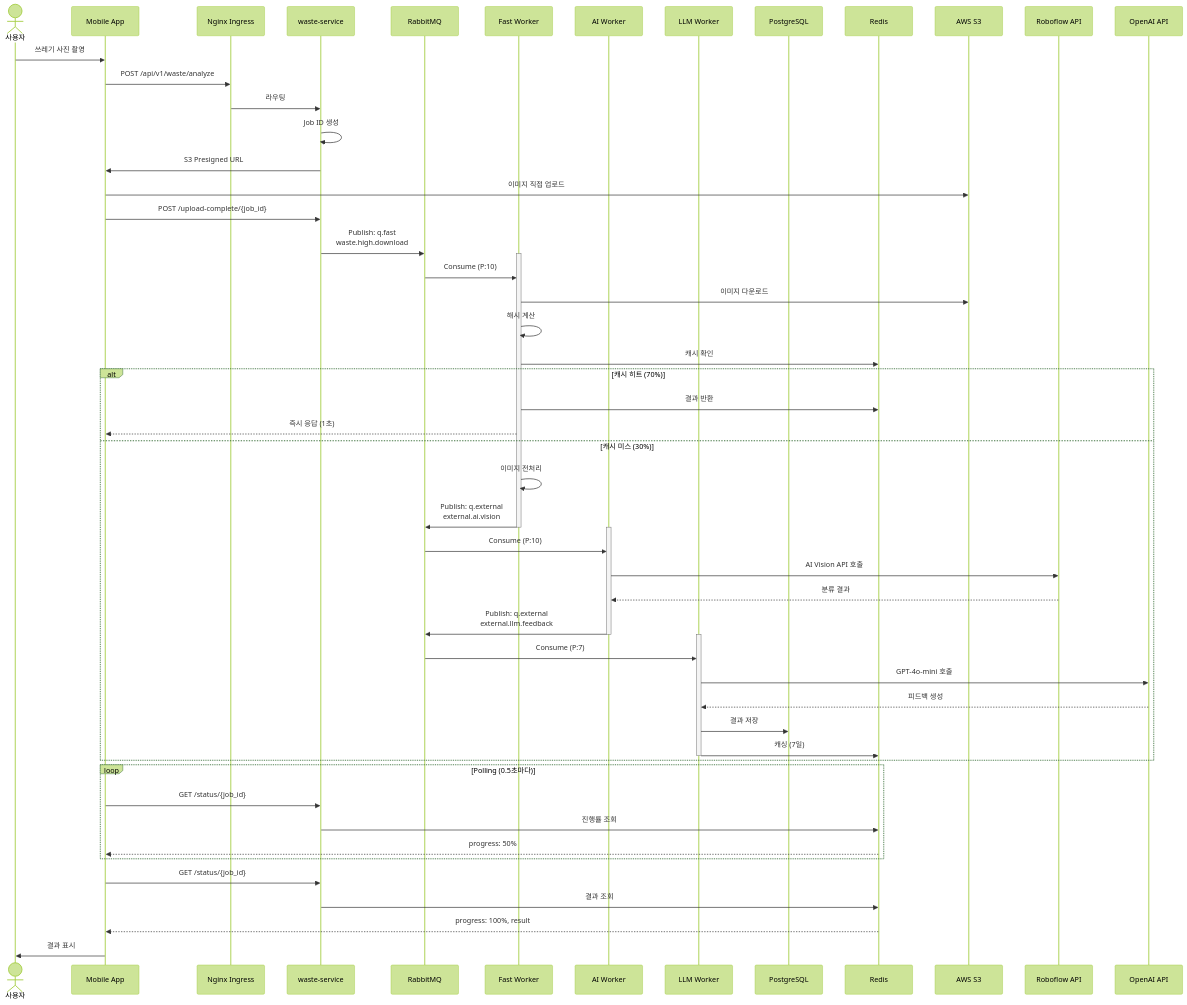
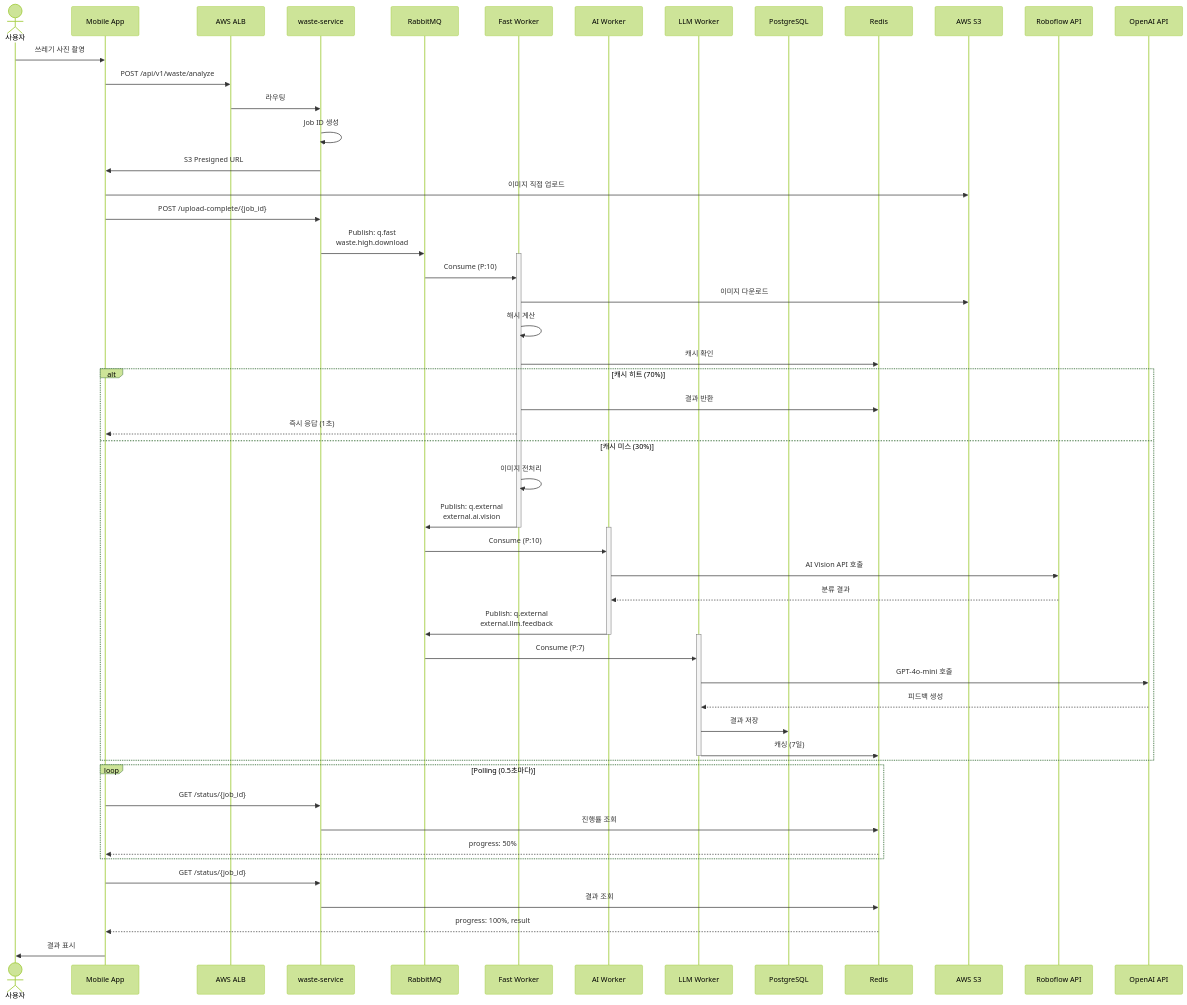
Before and after one commit to eco2-team/backend: the sixth of 6 diagrams in docs/architecture/final-k8s-architecture.md, drawn with Mermaid (forest theme). The commit also changed other lines of this file, not shown here.

First line of the commit message:
docs: Fix remaining Nginx references in final-k8s-architecture

````diff
--- a/docs/architecture/final-k8s-architecture.md
+++ b/docs/architecture/final-k8s-architecture.md
@@ -416,69 +419,69 @@
 ```mermaid
 sequenceDiagram
     actor User as 사용자
     participant App as Mobile App
-    participant Ingress as Nginx Ingress
+    participant ALB as AWS ALB
     participant WasteAPI as waste-service
     participant RMQ as RabbitMQ
     participant FastW as Fast Worker
     participant AIW as AI Worker
     participant LLMW as LLM Worker
     participant DB as PostgreSQL
     participant Redis as Redis
     participant S3 as AWS S3
     participant AI as Roboflow API
     participant LLM as OpenAI API
     
     User->>App: 쓰레기 사진 촬영
-    App->>Ingress: POST /api/v1/waste/analyze
-    Ingress->>WasteAPI: 라우팅
+    App->>ALB: POST /api/v1/waste/analyze
+    ALB->>WasteAPI: 라우팅
     
     WasteAPI->>WasteAPI: Job ID 생성
     WasteAPI->>App: S3 Presigned URL
     App->>S3: 이미지 직접 업로드
     
     App->>WasteAPI: POST /upload-complete/{job_id}
     WasteAPI->>RMQ: Publish: q.fast<br/>waste.high.download
     
     activate FastW
     RMQ->>FastW: Consume (P:10)
     FastW->>S3: 이미지 다운로드
     FastW->>FastW: 해시 계산
     FastW->>Redis: 캐시 확인
     
     alt 캐시 히트 (70%)
         FastW->>Redis: 결과 반환
         FastW-->>App: 즉시 응답 (1초)
     else 캐시 미스 (30%)
         FastW->>FastW: 이미지 전처리
         FastW->>RMQ: Publish: q.external<br/>external.ai.vision
         deactivate FastW
         
         activate AIW
         RMQ->>AIW: Consume (P:10)
         AIW->>AI: AI Vision API 호출
         AI-->>AIW: 분류 결과
         AIW->>RMQ: Publish: q.external<br/>external.llm.feedback
         deactivate AIW
         
         activate LLMW
         RMQ->>LLMW: Consume (P:7)
         LLMW->>LLM: GPT-4o-mini 호출
         LLM-->>LLMW: 피드백 생성
         LLMW->>DB: 결과 저장
         LLMW->>Redis: 캐싱 (7일)
         deactivate LLMW
     end
     
     loop Polling (0.5초마다)
         App->>WasteAPI: GET /status/{job_id}
         WasteAPI->>Redis: 진행률 조회
         Redis-->>App: progress: 50%
     end
     
     App->>WasteAPI: GET /status/{job_id}
     WasteAPI->>Redis: 결과 조회
     Redis-->>App: progress: 100%, result
     
     App->>User: 결과 표시
 ```
````
